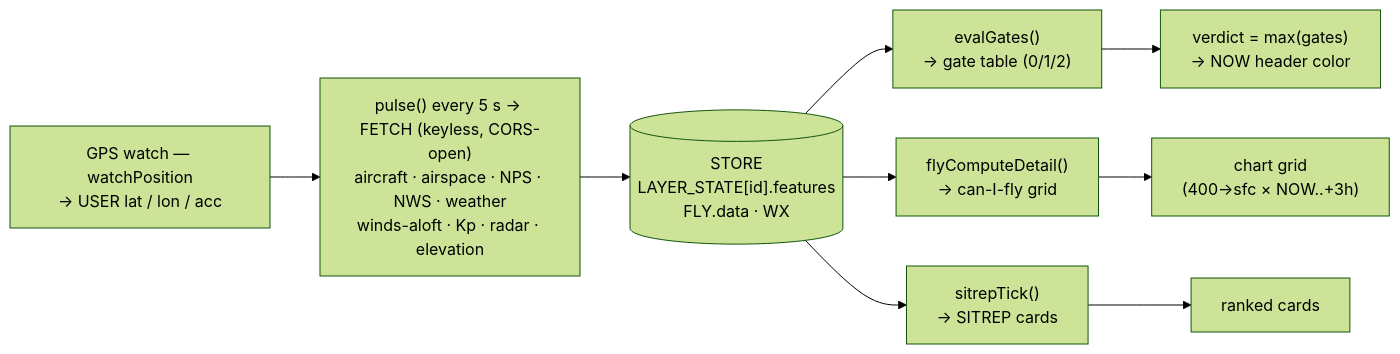
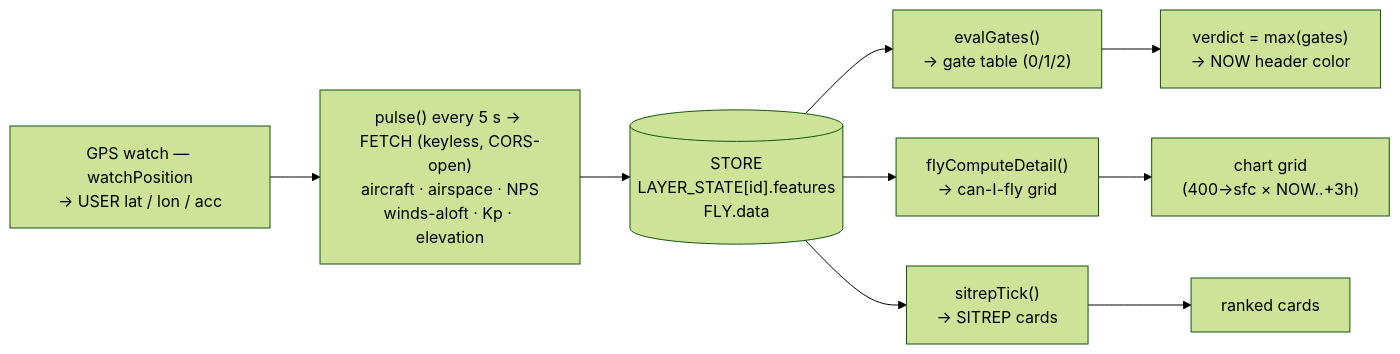
The diagram in README.md (robertjohnhanna/sitrep), drawn with Mermaid (forest theme) before and after one commit. The commit also changed other lines of this file and 1 other file, not shown here.

First line of the commit message:
Drop NWS, radar, GPS/weather cards, and the Kp caution tier

````diff
--- a/README.md
+++ b/README.md
@@ -13,11 +13,11 @@
 ```mermaid
 flowchart LR
-  GPS["GPS watch — watchPosition<br/>→ USER lat / lon / acc"] --> PULSE["pulse() every 5 s → FETCH (keyless, CORS-open)<br/>aircraft · airspace · NPS · NWS · weather<br/>winds-aloft · Kp · radar · elevation"]
-  PULSE --> STORE[("STORE<br/>LAYER_STATE[id].features<br/>FLY.data · WX")]
+  GPS["GPS watch — watchPosition<br/>→ USER lat / lon / acc"] --> PULSE["pulse() every 5 s → FETCH (keyless, CORS-open)<br/>aircraft · airspace · NPS<br/>winds-aloft · Kp · elevation"]
+  PULSE --> STORE[("STORE<br/>LAYER_STATE[id].features<br/>FLY.data")]
   STORE --> GATES["evalGates()<br/>→ gate table (0/1/2)"]
   STORE --> CHART["flyComputeDetail()<br/>→ can-I-fly grid"]
   STORE --> SITREP["sitrepTick()<br/>→ SITREP cards"]
   GATES --> NOW["verdict = max(gates)<br/>→ NOW header color"]
   CHART --> BOARD["chart grid<br/>(400→sfc × NOW..+3h)"]
   SITREP --> CARDS["ranked cards"]
 ```
````
